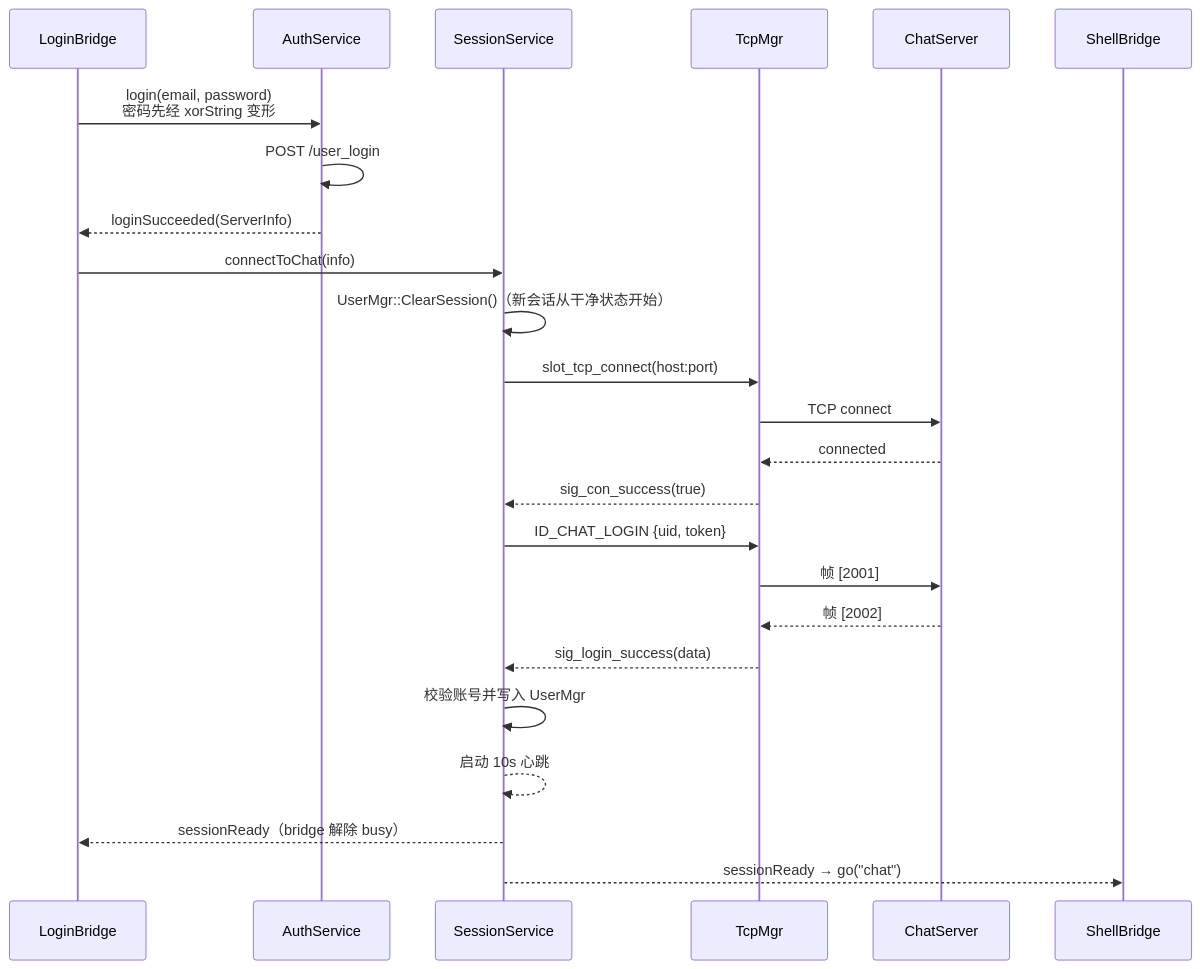
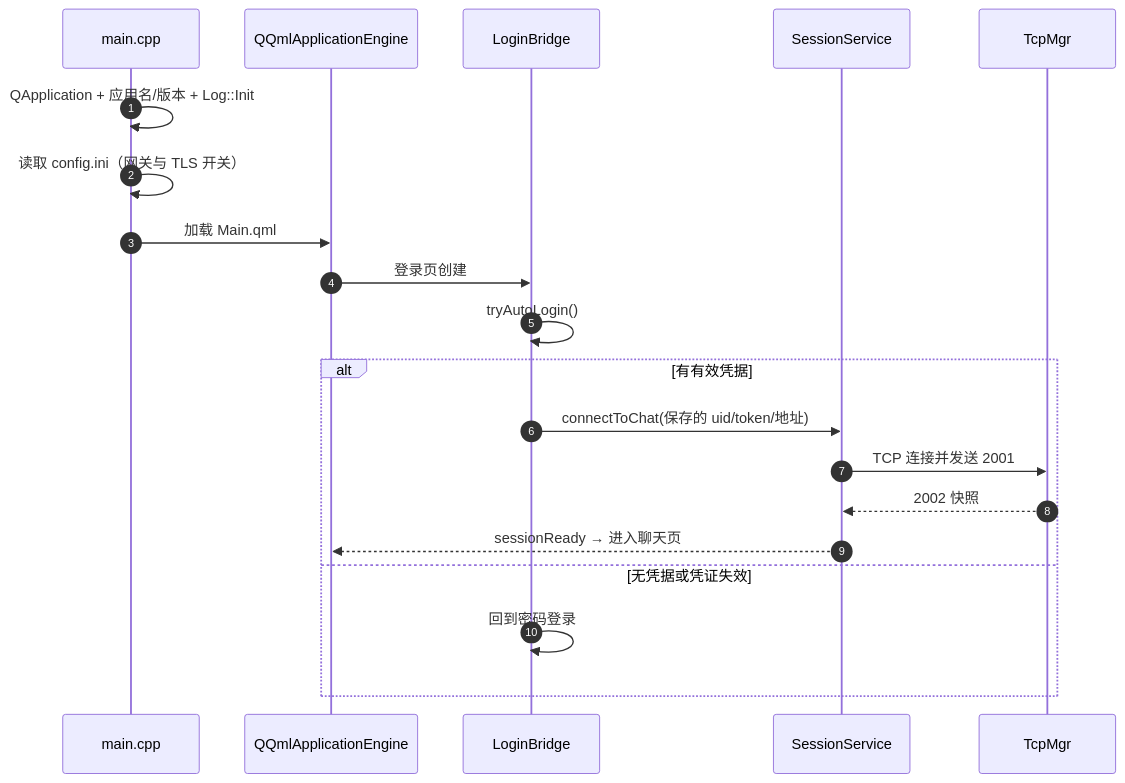
Before and after one commit to yrc920/yunjian: the second of 3 diagrams in docs/06-client.md, drawn with Mermaid. The commit also changed other lines of this file and 49 other files, not shown here.

````diff
--- a/docs/06-client.md
+++ b/docs/06-client.md
@@ -251,26 +51,23 @@
 ```mermaid
 sequenceDiagram
-    participant U as LoginBridge
-    participant A as AuthService
+    autonumber
+    participant M as main.cpp
+    participant E as QQmlApplicationEngine
+    participant L as LoginBridge
     participant S as SessionService
     participant T as TcpMgr
-    participant C as ChatServer
 
-    U->>A: login(email, password)<br/>密码先经 xorString 变形
-    A->>A: POST /user_login
-    A-->>U: loginSucceeded(ServerInfo)
-    U->>S: connectToChat(info)
-    S->>S: UserMgr::ClearSession()（新会话从干净状态开始）
-    S->>T: slot_tcp_connect(host:port)
-    T->>C: TCP connect
-    C-->>T: connected
-    T-->>S: sig_con_success(true)
-    S->>T: ID_CHAT_LOGIN {uid, token}
-    T->>C: 帧 [2001]
-    C-->>T: 帧 [2002]
-    T-->>S: sig_login_success(data)
-    S->>S: 校验账号并写入 UserMgr
-    S-->>S: 启动 10s 心跳
-    S-->>U: sessionReady（bridge 解除 busy）
-    S-->>ShellBridge: sessionReady → go("chat")
+    M->>M: QApplication + 应用名/版本 + Log::Init
+    M->>M: 读取 config.ini（网关与 TLS 开关）
+    M->>E: 加载 Main.qml
+    E->>L: 登录页创建
+    L->>L: tryAutoLogin()
+    alt 有有效凭据
+        L->>S: connectToChat(保存的 uid/token/地址)
+        S->>T: TCP 连接并发送 2001
+        T-->>S: 2002 快照
+        S-->>E: sessionReady → 进入聊天页
+    else 无凭据或凭证失效
+        L->>L: 回到密码登录
+    end
 ```
````
